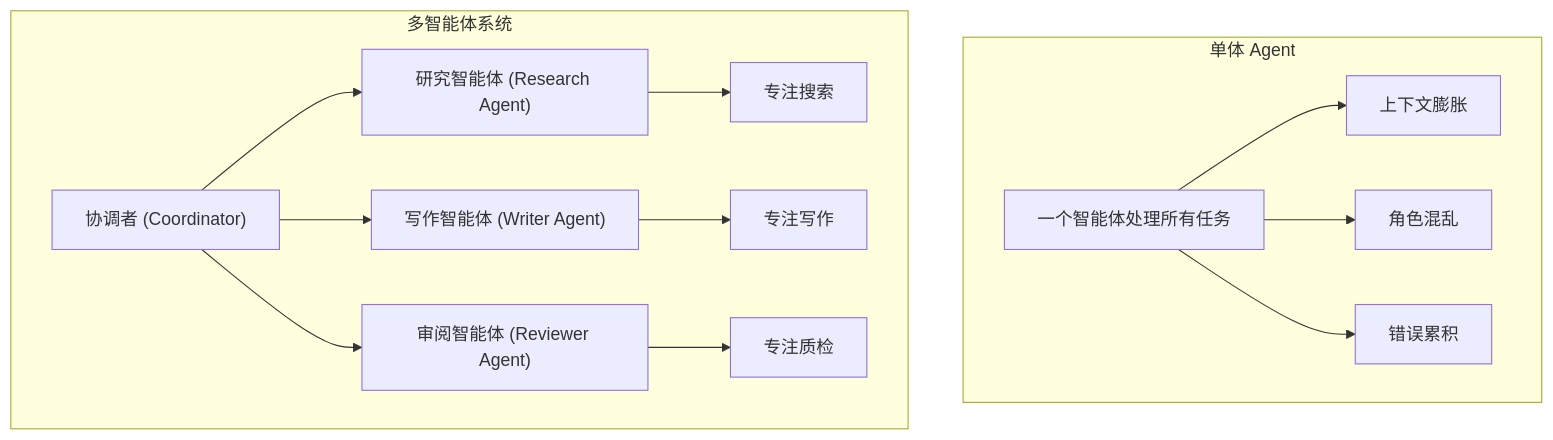
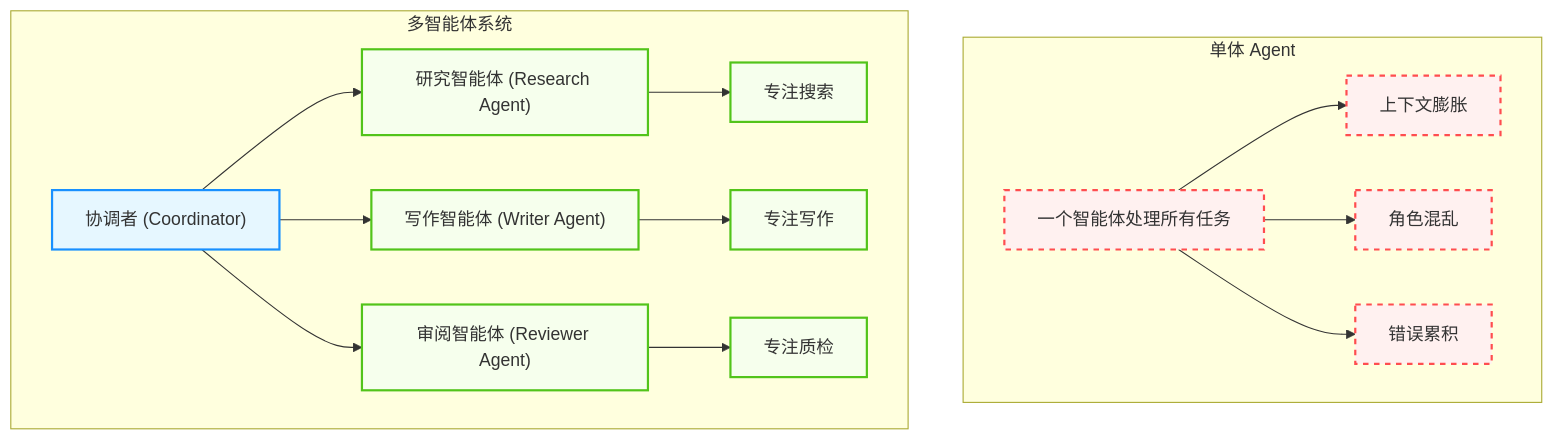
The first of 4 diagrams in 05_collaboration/5.1_architectures.md (yeasy/agentic_ai_guide), drawn with Mermaid before and after one commit. The commit also changed other lines of this file and 36 other files, not shown here.

````diff
--- a/05_collaboration/5.1_architectures.md
+++ b/05_collaboration/5.1_architectures.md
@@ -14,18 +14,29 @@
 ```mermaid
 graph TD
+    %% Agentic Design System
+    classDef agent fill:#e6f7ff,stroke:#1890ff,stroke-width:2px;
+    classDef error fill:#fff1f0,stroke:#ff4d4f,stroke-width:2px,stroke-dasharray: 5 5;
+    classDef tool fill:#f6ffed,stroke:#52c41a,stroke-width:2px;
+
     subgraph mono["单体 Agent"]
         A["一个智能体处理所有任务"]
         A --> B["上下文膨胀"]
         A --> C["角色混乱"]
         A --> D["错误累积"]
     end
     
     subgraph multi["多智能体系统"]
         E["协调者 (Coordinator)"] --> F["研究智能体 (Research Agent)"]
         E --> G["写作智能体 (Writer Agent)"]
         E --> H["审阅智能体 (Reviewer Agent)"]
         F --> I["专注搜索"]
         G --> J["专注写作"]
         H --> K["专注质检"]
     end
+    
+    class A error;
+    class B,C,D error;
+    class E agent;
+    class F,G,H tool;
+    class I,J,K tool;
 ```
````
